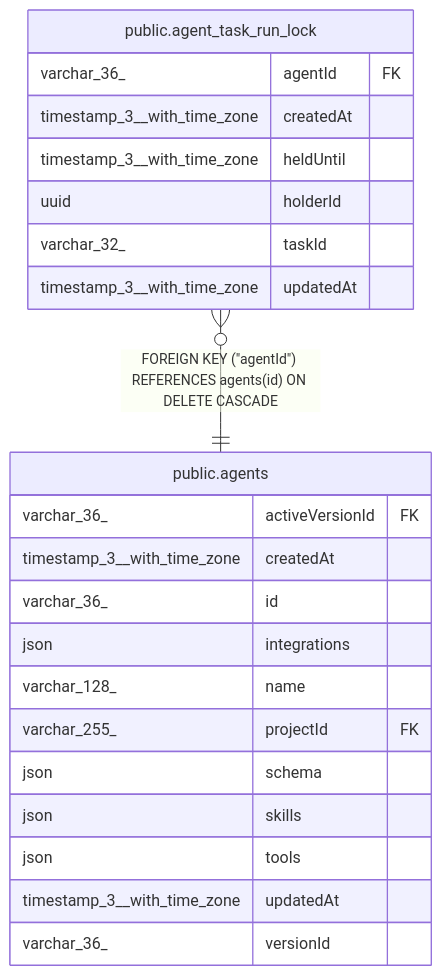
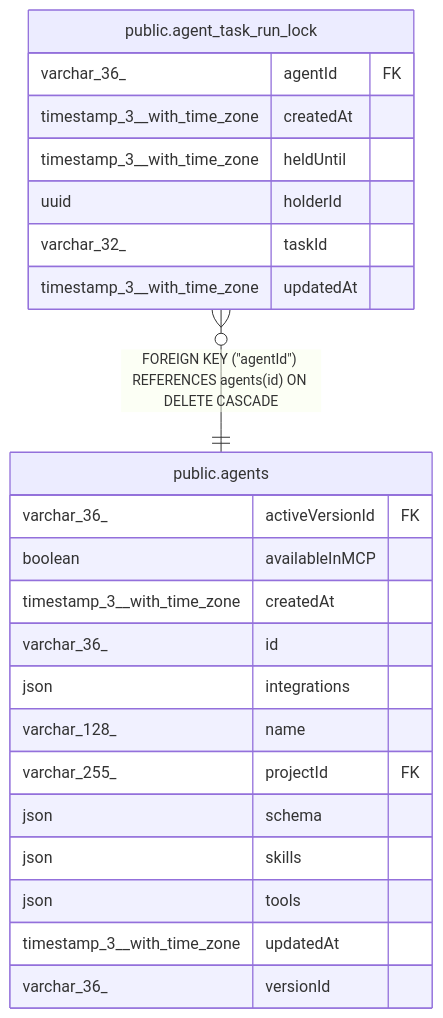
The diagram in docs/generated/postgres-schema/public.agent_task_run_lock.md (mayankjain1815-commits/n8n), drawn with Mermaid before and after one commit. The commit also changed 40 other files, not shown here.

Commit message:
feat(core): Add availableInMCP column to agents (#34665)

````diff
--- a/docs/generated/postgres-schema/public.agent_task_run_lock.md
+++ b/docs/generated/postgres-schema/public.agent_task_run_lock.md
@@ -35,27 +35,28 @@
 ```mermaid
 erDiagram
 
 "public.agent_task_run_lock" }o--|| "public.agents" : "FOREIGN KEY (#quot;agentId#quot;) REFERENCES agents(id) ON DELETE CASCADE"
 
 "public.agent_task_run_lock" {
   varchar_36_ agentId FK
   timestamp_3__with_time_zone createdAt
   timestamp_3__with_time_zone heldUntil
   uuid holderId
   varchar_32_ taskId
   timestamp_3__with_time_zone updatedAt
 }
 "public.agents" {
   varchar_36_ activeVersionId FK
+  boolean availableInMCP
   timestamp_3__with_time_zone createdAt
   varchar_36_ id
   json integrations
   varchar_128_ name
   varchar_255_ projectId FK
   json schema
   json skills
   json tools
   timestamp_3__with_time_zone updatedAt
   varchar_36_ versionId
 }
 ```
````
